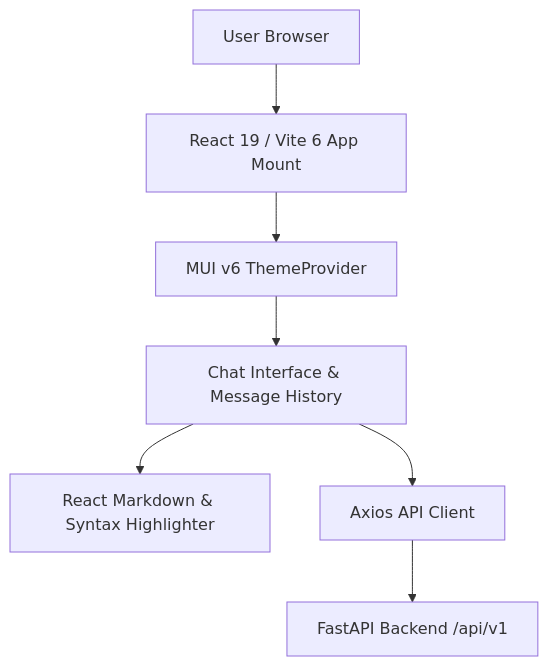
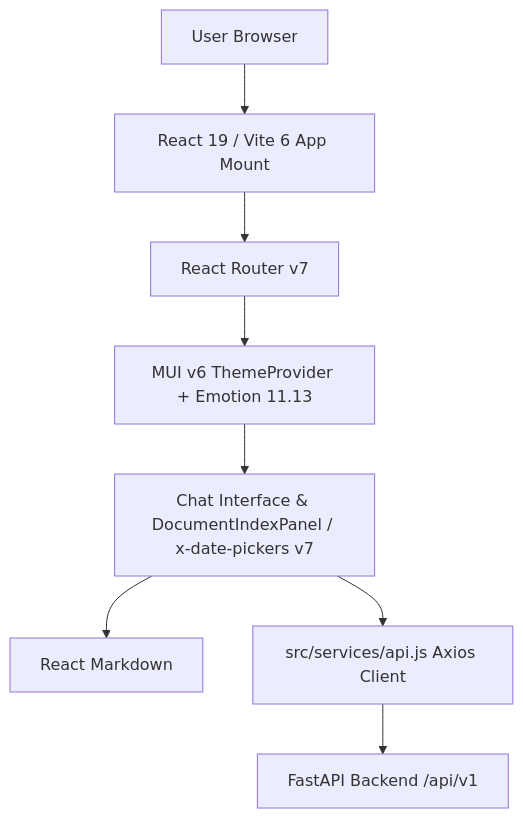
One commit to akjamie/rag-chatbot-ui changed the diagram in openspec/changes/update-dependencies-get-related-libs/design.md. Above: the diagram before and after it, drawn with Mermaid. The commit also changed other lines of this file and 3 other files, not shown here.

````diff
--- a/openspec/changes/update-dependencies-get-related-libs/design.md
+++ b/openspec/changes/update-dependencies-get-related-libs/design.md
@@ -6,9 +6,10 @@
 ```mermaid
 flowchart TD
     Browser[User Browser] --> ViteApp[React 19 / Vite 6 App Mount]
-    ViteApp --> ThemeProvider[MUI v6 ThemeProvider]
-    ThemeProvider --> ChatView[Chat Interface & Message History]
-    ChatView --> MarkdownRenderer[React Markdown & Syntax Highlighter]
-    ChatView --> AxiosClient[Axios API Client]
+    ViteApp --> Router[React Router v7]
+    Router --> ThemeProvider[MUI v6 ThemeProvider + Emotion 11.13]
+    ThemeProvider --> ChatView[Chat Interface & DocumentIndexPanel / x-date-pickers v7]
+    ChatView --> MarkdownRenderer[React Markdown]
+    ChatView --> AxiosClient[src/services/api.js Axios Client]
     AxiosClient --> BackendAPI[FastAPI Backend /api/v1]
 ```
````
